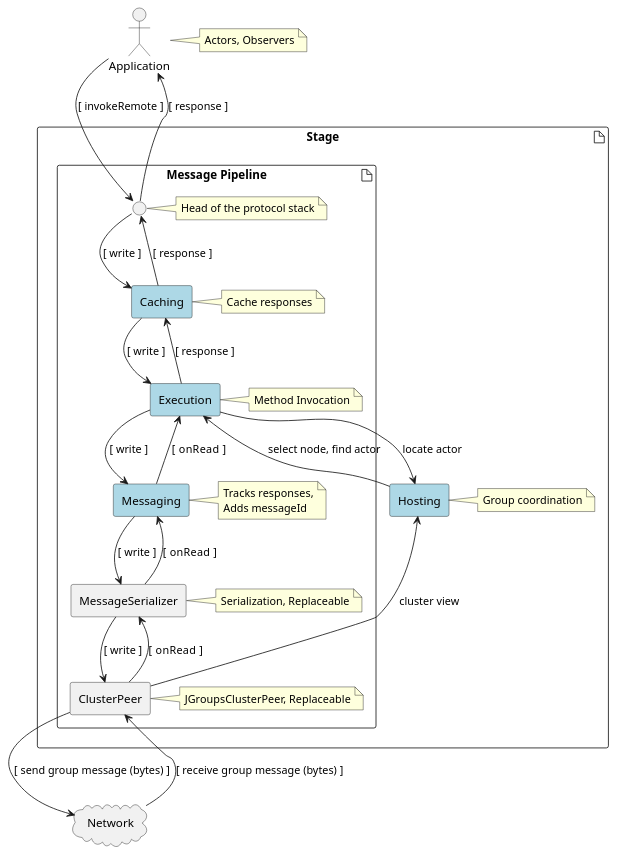
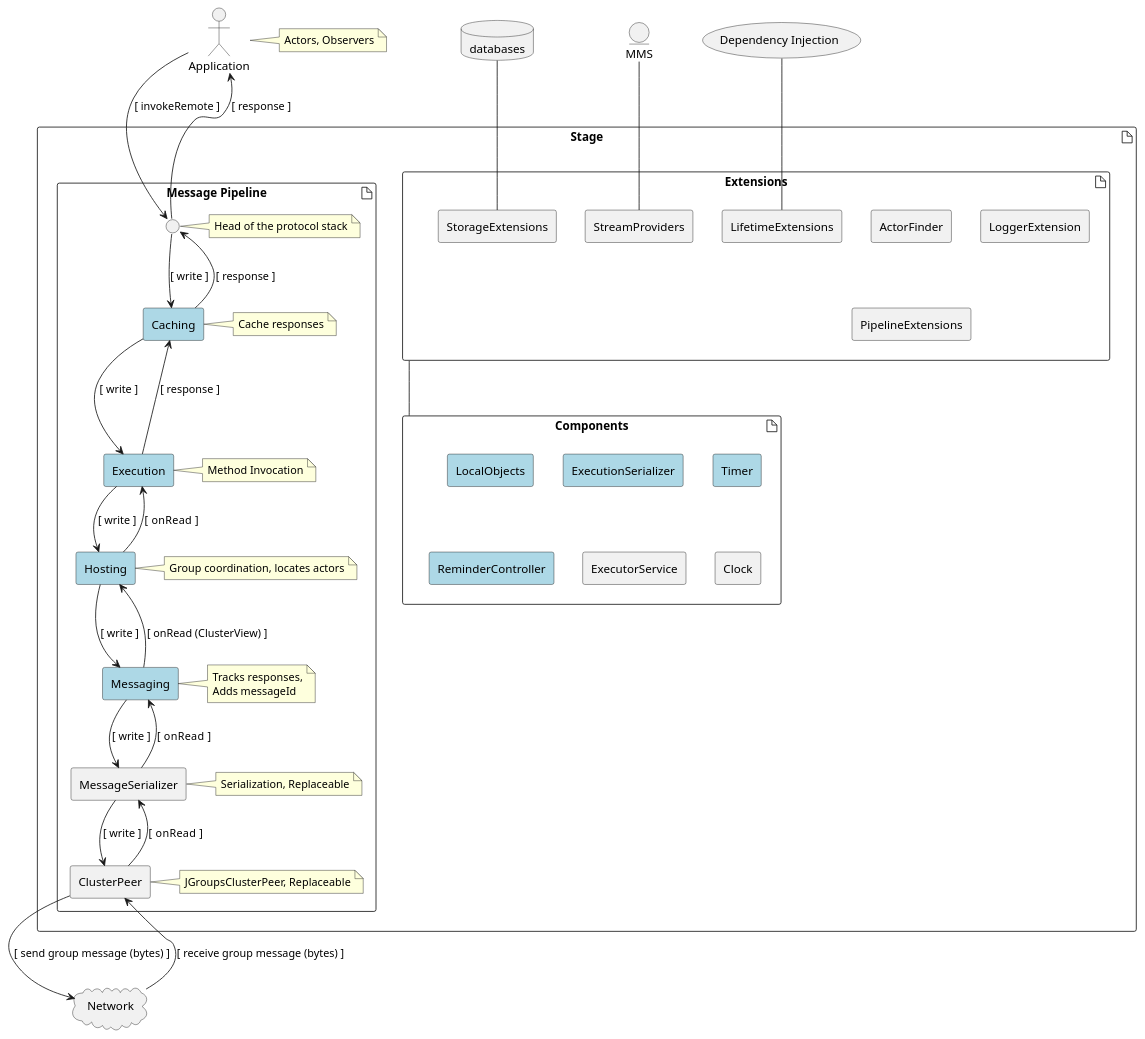
The diagram in actors/stage/src/main/java/com/ea/orbit/actors/runtime/stagePipeline.puml (orbit/orbit), drawn with PlantUML before and after one commit. The commit also changed 1 other file, not shown here.

Commit message:
Stage pipeline and shutdown sequence diagrams.

```diff
--- a/actors/stage/src/main/java/com/ea/orbit/actors/runtime/stagePipeline.puml
+++ b/actors/stage/src/main/java/com/ea/orbit/actors/runtime/stagePipeline.puml
@@ -1,50 +1,74 @@
 @startuml
 
 actor Application
 note right of Application : Actors, Observers
 
+database databases
+entity MMS
+usecase "Dependency Injection" as DependencyInjection
 artifact Stage {
-    agent Hosting #LightBlue
-    note right of Hosting : Group coordination
-    artifact "Message Pipeline"  {
-        interface " " as Pipeline
-        note right of Pipeline : Head of the protocol stack
+    artifact "Message Pipeline" as MessagePipeline  {
+        interface " " as Head
+        note right of Head : Head of the protocol stack
         agent Caching #LightBlue
         agent Execution #LightBlue
+        agent Hosting #LightBlue
         agent Messaging #LightBlue
         agent MessageSerializer
         agent ClusterPeer
         note right of Caching : Cache responses
         note right of Execution : Method Invocation
         note right of Messaging {
             Tracks responses,
             Adds messageId
         }
         note right of MessageSerializer : Serialization, Replaceable
         note right of ClusterPeer : JGroupsClusterPeer, Replaceable
+        note right of Hosting : Group coordination, locates actors
     }
+    artifact "Components"  {
+        agent LocalObjects #LightBlue
+        agent ExecutionSerializer #LightBlue
+        agent Timer #LightBlue
+        agent ReminderController #LightBlue
+        agent ExecutorService
+        agent Clock
+    }
+    artifact "Extensions"  {
+        agent ActorFinder
+        agent LoggerExtension
+        agent StreamProviders
+        agent StorageExtensions
+        agent PipelineExtensions
+        agent LifetimeExtensions
+    }
+    Extensions -down-- Components
+    ' MessagePipeline - PipelineExtensions
+    databases -- StorageExtensions
+    MMS -- StreamProviders
+    DependencyInjection -- LifetimeExtensions
+'    note right of ActorFinder {
+'        can be used with containers
+'    }
 }
 cloud Network
 
-
-Execution --> Hosting : locate actor
-Hosting --> Execution : select node, find actor
-ClusterPeer --> Hosting: cluster view
-
-Application --> Pipeline : [ invokeRemote ]
-Pipeline --> Caching : [ write ]
+Application --> Head : [ invokeRemote ]
+Head --> Caching : [ write ]
 Caching --> Execution : [ write ]
-Execution --> Messaging  : [ write ]
+Execution --> Hosting  : [ write ]
+Hosting --> Messaging  : [ write ]
 Messaging --> MessageSerializer  : [ write ]
 MessageSerializer --> ClusterPeer : [ write ]
 ClusterPeer --> Network : [ send group message (bytes) ]
 
 Network --> ClusterPeer : [ receive group message (bytes) ]
 ClusterPeer --> MessageSerializer : [ onRead  ]
 MessageSerializer --> Messaging  : [ onRead  ]
-Messaging --> Execution  : [ onRead  ]
+Hosting --> Execution  : [ onRead  ]
+Messaging --> Hosting  : [ onRead (ClusterView) ]
 Execution --> Caching : [ response ]
-Caching --> Pipeline : [ response ]
-Pipeline --> Application : [ response ]
+Caching --> Head : [ response ]
+Head --> Application : [ response ]
 
 @enduml
```
